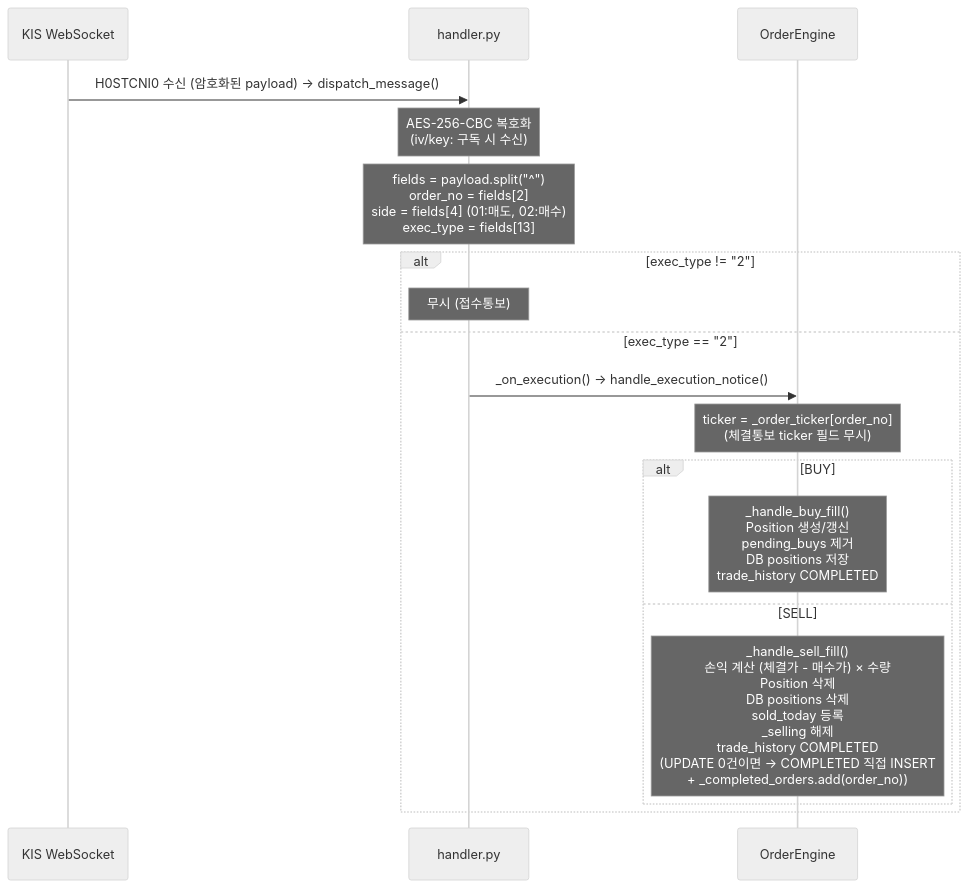
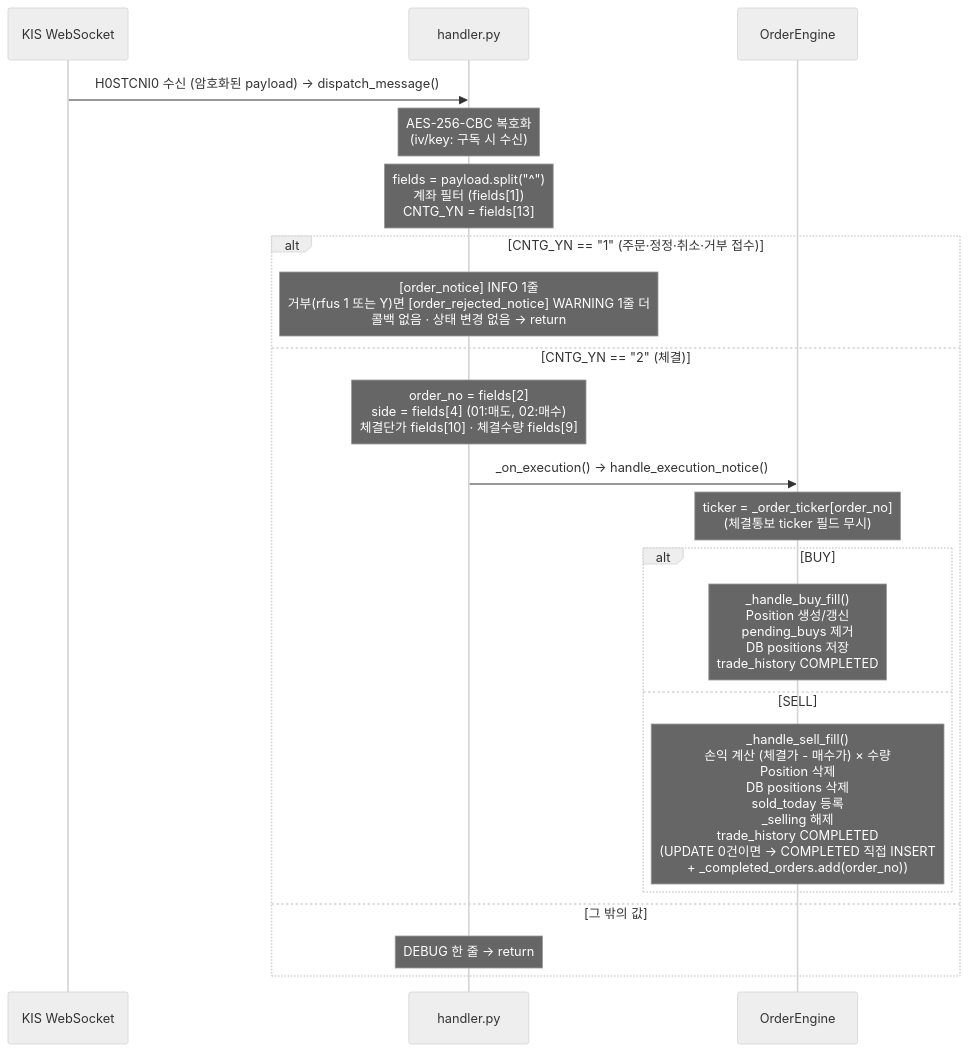
One commit to canduk910/auto_stock changed the seventh of 26 diagrams in docs/architecture.md. Above: the diagram before and after it, drawn with Mermaid (neutral theme). The commit also changed other lines of this file and 26 other files, not shown here.

````diff
--- a/docs/architecture.md
+++ b/docs/architecture.md
@@ -442,21 +442,24 @@
 ```mermaid
 sequenceDiagram
     participant K as KIS WebSocket
     participant H as handler.py
     participant O as OrderEngine
 
     K->>H: H0STCNI0 수신 (암호화된 payload) → dispatch_message()
     Note over H: AES-256-CBC 복호화<br/>(iv/key: 구독 시 수신)
-    Note over H: fields = payload.split("^")<br/>order_no = fields[2]<br/>side = fields[4] (01:매도, 02:매수)<br/>exec_type = fields[13]
-    alt exec_type != "2"
-        Note over H: 무시 (접수통보)
-    else exec_type == "2"
+    Note over H: fields = payload.split("^")<br/>계좌 필터 (fields[1])<br/>CNTG_YN = fields[13]
+    alt CNTG_YN == "1" (주문·정정·취소·거부 접수)
+        Note over H: [order_notice] INFO 1줄<br/>거부(rfus 1 또는 Y)면 [order_rejected_notice] WARNING 1줄 더<br/>콜백 없음 · 상태 변경 없음 → return
+    else CNTG_YN == "2" (체결)
+        Note over H: order_no = fields[2]<br/>side = fields[4] (01:매도, 02:매수)<br/>체결단가 fields[10] · 체결수량 fields[9]
         H->>O: _on_execution() → handle_execution_notice()
         Note over O: ticker = _order_ticker[order_no]<br/>(체결통보 ticker 필드 무시)
         alt BUY
             Note over O: _handle_buy_fill()<br/>Position 생성/갱신<br/>pending_buys 제거<br/>DB positions 저장<br/>trade_history COMPLETED
         else SELL
             Note over O: _handle_sell_fill()<br/>손익 계산 (체결가 - 매수가) × 수량<br/>Position 삭제<br/>DB positions 삭제<br/>sold_today 등록<br/>_selling 해제<br/>trade_history COMPLETED<br/>(UPDATE 0건이면 → COMPLETED 직접 INSERT<br/>+ _completed_orders.add(order_no))
         end
+    else 그 밖의 값
+        Note over H: DEBUG 한 줄 → return
     end
 ```
````
